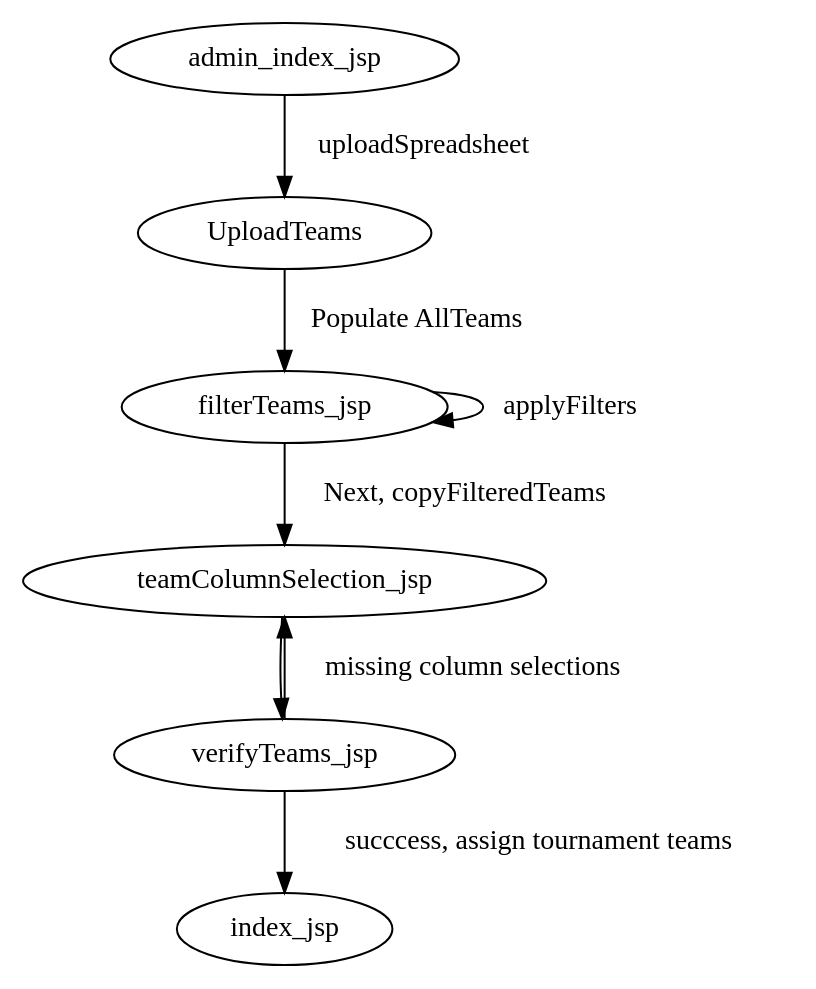
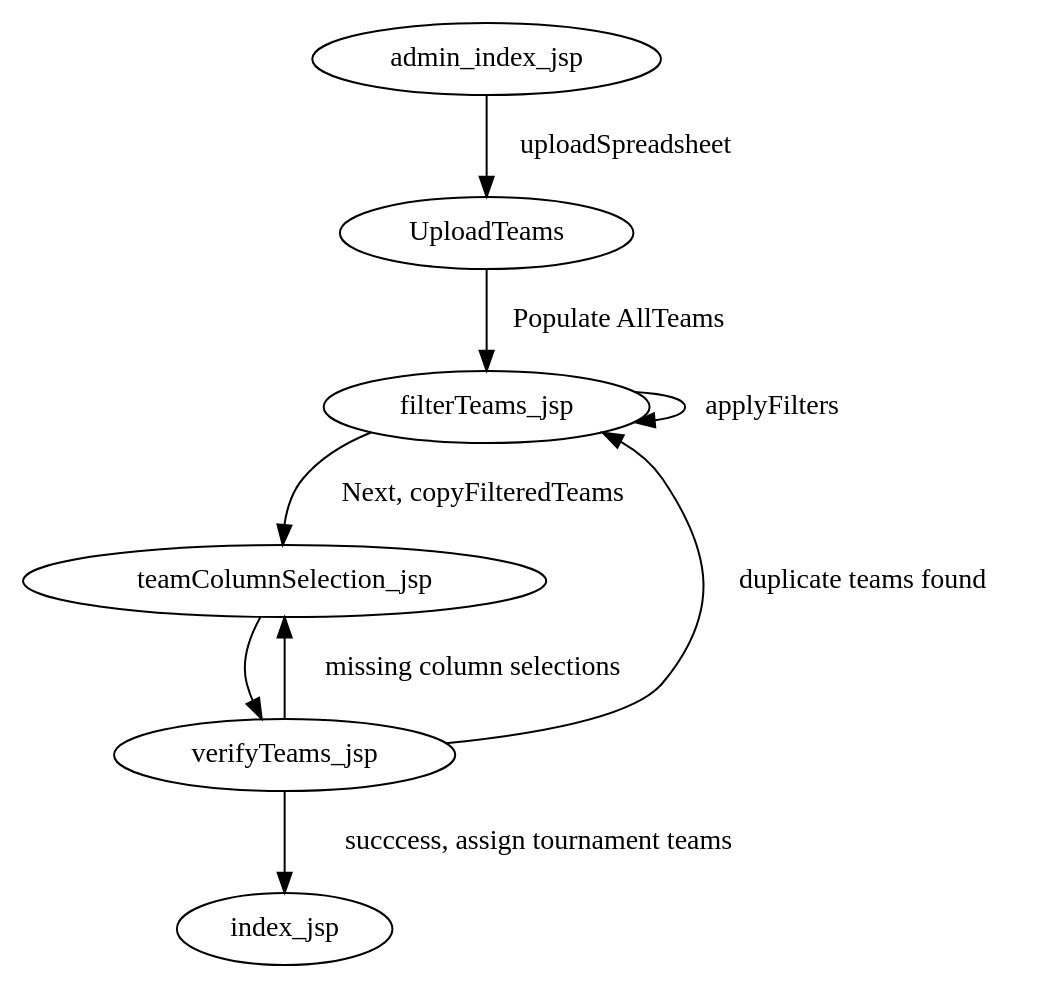
The diagram in scoring/docs/workflows/upload-teams.dot (jpschewe/fll-sw), drawn with Graphviz before and after one commit.

Commit message:
Add missing file change

```diff
--- a/scoring/docs/workflows/upload-teams.dot
+++ b/scoring/docs/workflows/upload-teams.dot
@@ -1,17 +1,19 @@
 digraph upload_teams {
 
 admin_index_jsp -> UploadTeams [label="uploadSpreadsheet"];
 
 UploadTeams -> filterTeams_jsp [label="Populate AllTeams"];
 
 filterTeams_jsp -> filterTeams_jsp [label="applyFilters"];
 
 filterTeams_jsp -> teamColumnSelection_jsp [label="Next, copyFilteredTeams"];
 
 teamColumnSelection_jsp -> verifyTeams_jsp;
 
 verifyTeams_jsp -> teamColumnSelection_jsp [label="missing column selections"];
 
+verifyTeams_jsp -> filterTeams_jsp [label="duplicate teams found"];
+
 verifyTeams_jsp -> index_jsp [label="succcess, assign tournament teams"];
 
 }
```
